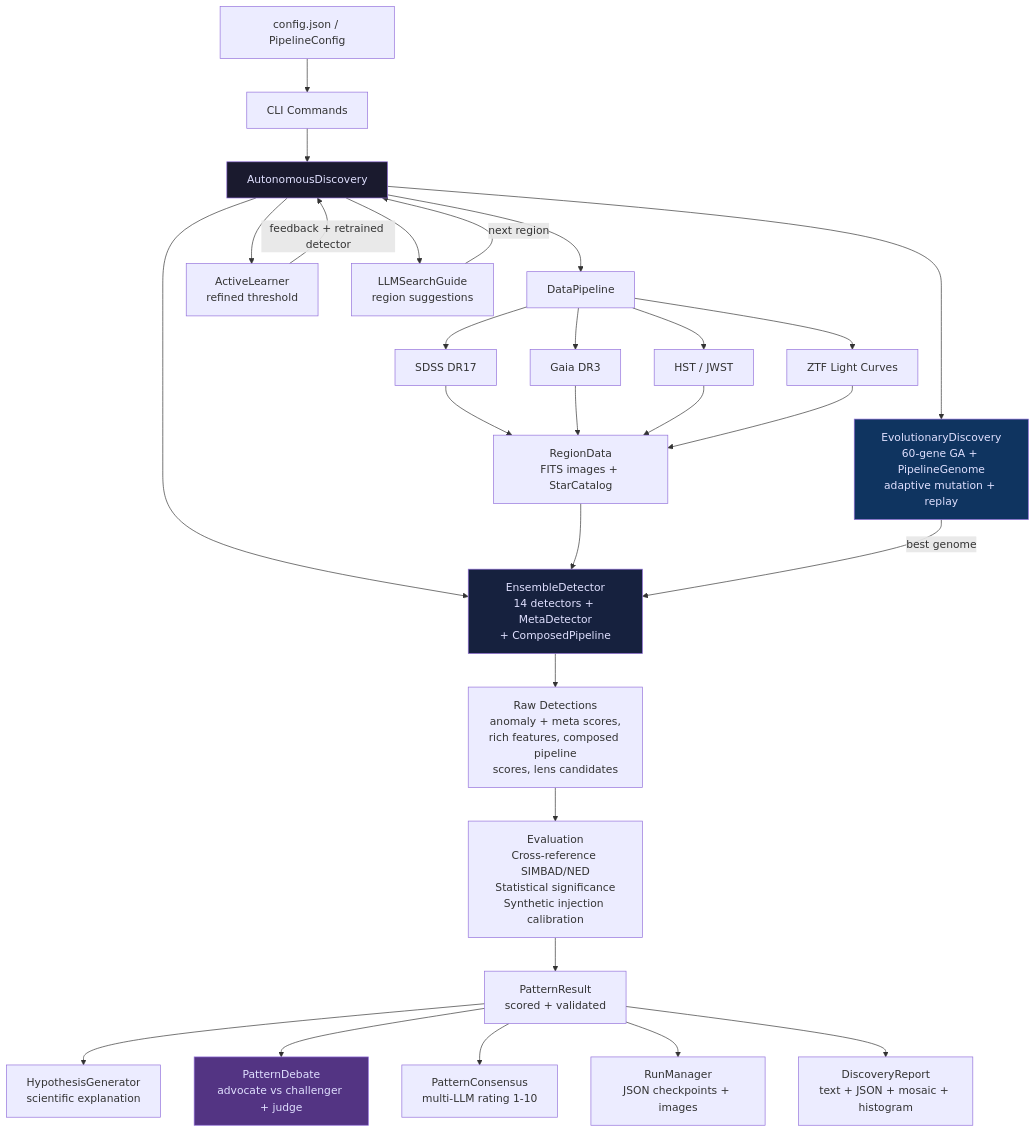
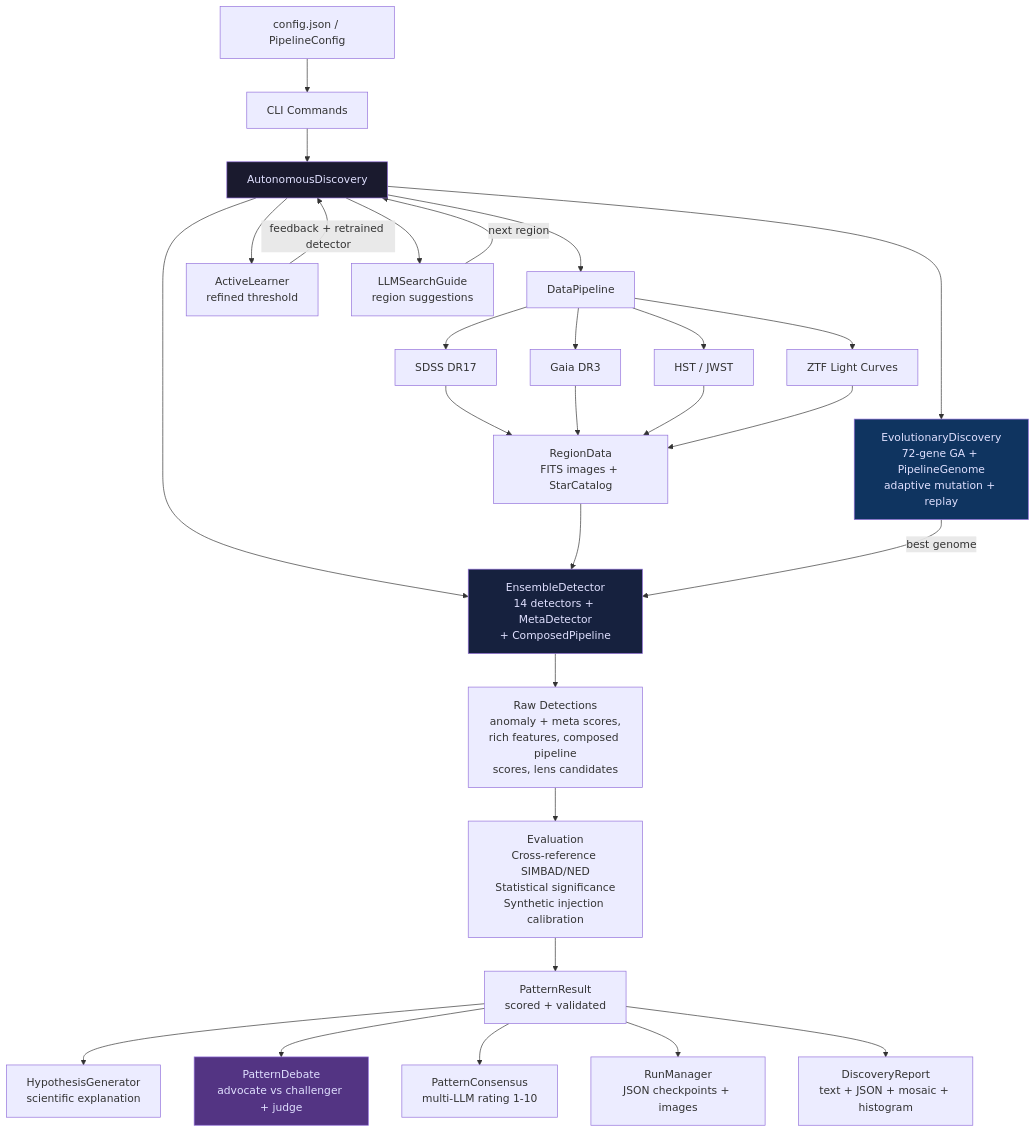
The first of 15 diagrams in docs/ARCHITECTURE.md (rondilley/StarPattern_AI), drawn with Mermaid before and after one commit. The commit also changed other lines of this file and 151 other files, not shown here.

````diff
--- a/docs/ARCHITECTURE.md
+++ b/docs/ARCHITECTURE.md
@@ -14,43 +14,43 @@
 ```mermaid
 flowchart TD
     CONFIG[config.json / PipelineConfig] --> CLI[CLI Commands]
     CLI --> AD[AutonomousDiscovery]
 
     AD --> DP[DataPipeline]
     DP --> SDSS[SDSS DR17]
     DP --> GAIA[Gaia DR3]
     DP --> MAST[HST / JWST]
     DP --> ZTF[ZTF Light Curves]
     SDSS --> RD[RegionData\nFITS images + StarCatalog]
     GAIA --> RD
     MAST --> RD
     ZTF --> RD
 
     AD --> ED[EnsembleDetector\n14 detectors + MetaDetector\n+ ComposedPipeline]
     RD --> ED
     ED --> RAW[Raw Detections\nanomaly + meta scores,\nrich features, composed pipeline\nscores, lens candidates]
 
     RAW --> EVAL[Evaluation\nCross-reference SIMBAD/NED\nStatistical significance\nSynthetic injection calibration]
     EVAL --> PR[PatternResult\nscored + validated]
 
     PR --> HYP[HypothesisGenerator\nscientific explanation]
     PR --> DEBATE[PatternDebate\nadvocate vs challenger + judge]
     PR --> CONS[PatternConsensus\nmulti-LLM rating 1-10]
 
-    AD --> EVO[EvolutionaryDiscovery\n60-gene GA + PipelineGenome\nadaptive mutation + replay]
+    AD --> EVO[EvolutionaryDiscovery\n72-gene GA + PipelineGenome\nadaptive mutation + replay]
     EVO --> |best genome| ED
 
     AD --> AL[ActiveLearner\nrefined threshold]
     AL --> |feedback + retrained detector| AD
 
     AD --> GUIDE[LLMSearchGuide\nregion suggestions]
     GUIDE --> |next region| AD
 
     PR --> RM[RunManager\nJSON checkpoints + images]
     PR --> RPT[DiscoveryReport\ntext + JSON + mosaic + histogram]
 
     style AD fill:#1a1a2e,color:#e0e0ff
     style ED fill:#16213e,color:#e0e0ff
     style EVO fill:#0f3460,color:#e0e0ff
     style DEBATE fill:#533483,color:#e0e0ff
 ```
````
